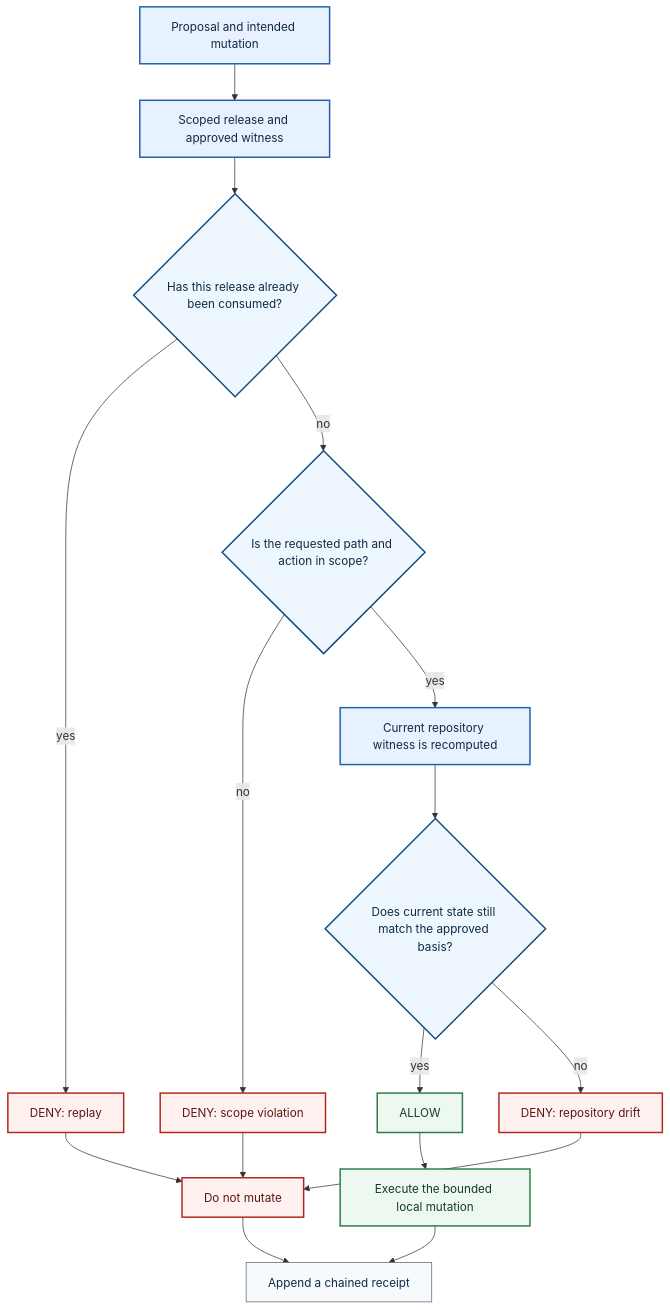
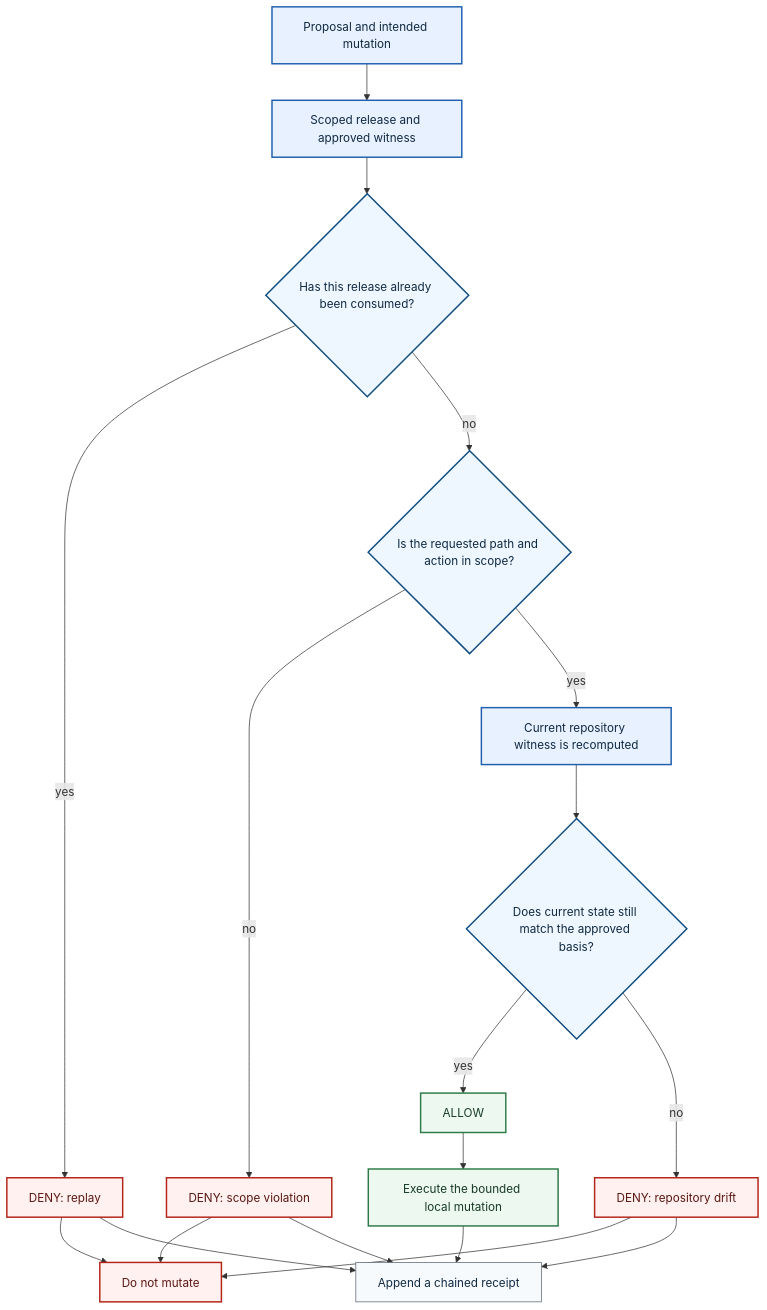
The diagram in README.md (DETERMAai/determa-governed-execution-demo), drawn with Mermaid before and after one commit.

Commit message:
docs: show receipt edge on each denial outcome

````diff
--- a/README.md
+++ b/README.md
@@ -30,36 +30,41 @@
 ```mermaid
 flowchart TB
     A[Proposal and intended mutation]
     B[Scoped release and approved witness]
     G{Has this release already been consumed?}
     H[DENY: replay]
     S{Is the requested path and action in scope?}
     T[DENY: scope violation]
     C[Current repository witness is recomputed]
     D{Does current state still match the approved basis?}
     E[ALLOW]
     F[DENY: repository drift]
     I[Execute the bounded local mutation]
     J[Do not mutate]
     K[Append a chained receipt]
 
     A --> B --> G
-    G -->|yes| H --> J
+    G -->|yes| H
     G -->|no| S
-    S -->|no| T --> J
+    S -->|no| T
     S -->|yes| C --> D
     D -->|yes| E --> I --> K
-    D -->|no| F --> J
-    J --> K
+    D -->|no| F
+    H --> J
+    H --> K
+    T --> J
+    T --> K
+    F --> J
+    F --> K
 
     classDef input fill:#e8f1ff,stroke:#1f5fae,color:#102a43,stroke-width:2px;
     classDef gate fill:#eef7ff,stroke:#0f4c81,color:#102a43,stroke-width:2px;
     classDef allow fill:#edf8f1,stroke:#2d7a46,color:#173b25,stroke-width:2px;
     classDef deny fill:#fff1f0,stroke:#b42318,color:#5c1712,stroke-width:2px;
     classDef evidence fill:#f7fafc,stroke:#5b6573,color:#102a43;
     class A,B,C input;
     class D,G,S gate;
     class E,I allow;
     class F,H,T,J deny;
     class K evidence;
 ```
````
